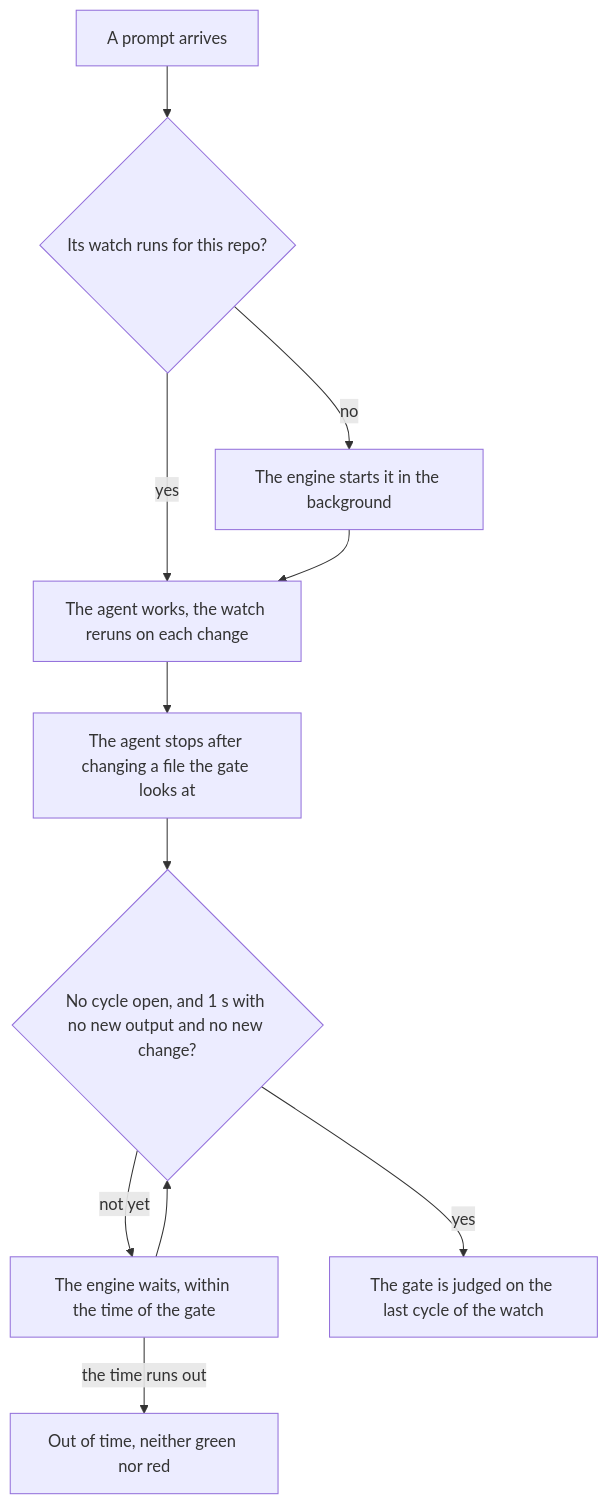
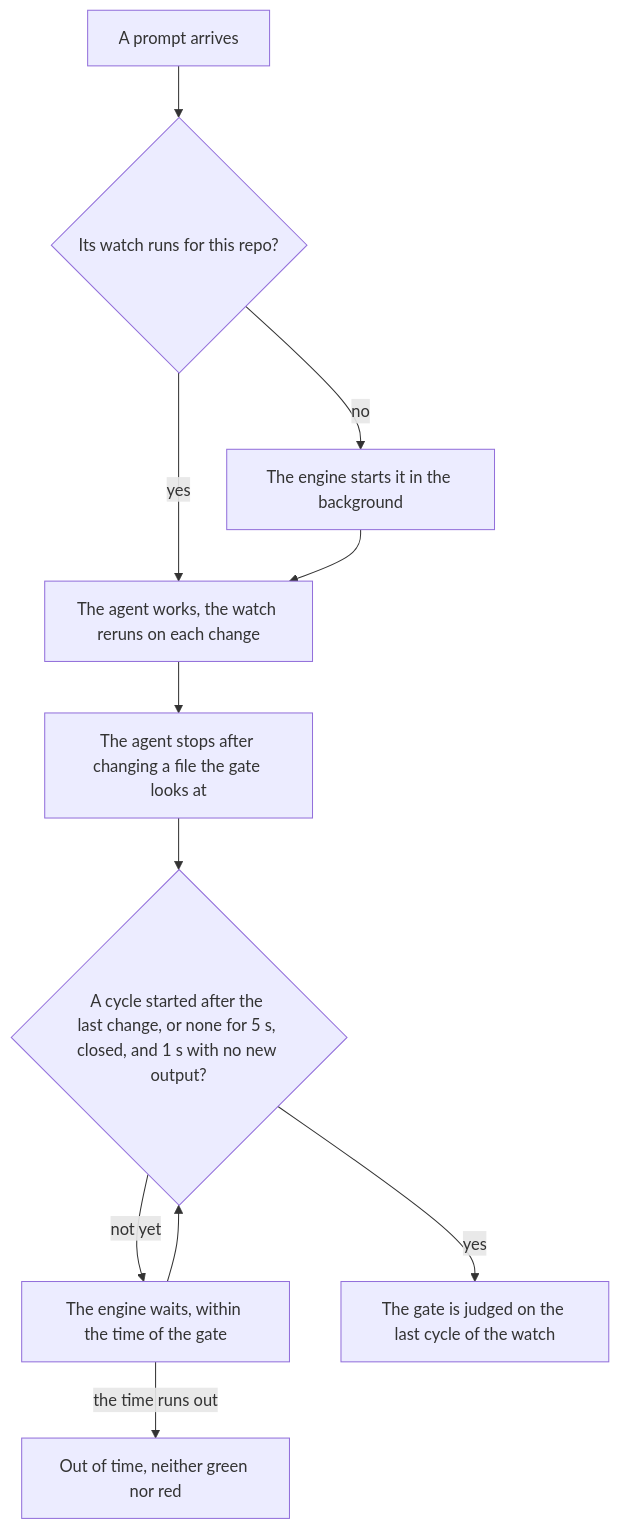
One commit to mopi1402/tayomi-deterministic-gates changed the third of 4 diagrams in docs/turn.md. Above: the diagram before and after it, drawn with Mermaid. The commit also changed 5 other files, not shown here.

First line of the commit message:
Judge a watch on a cycle started after the turn's last change

````diff
--- a/docs/turn.md
+++ b/docs/turn.md
@@ -59,13 +59,13 @@
 ```mermaid
 flowchart TD
     prompt[A prompt arrives] --> running{Its watch runs for this repo?}
     running -- no --> launch[The engine starts it in the background]
     running -- yes --> work
     launch --> work[The agent works, the watch reruns on each change]
     work --> stop[The agent stops after changing a file the gate looks at]
-    stop --> settled{No cycle open, and 1 s with no new output and no new change?}
+    stop --> settled{A cycle started after the last change, or none for 5 s, closed, and 1 s with no new output?}
     settled -- not yet --> wait[The engine waits, within the time of the gate]
     wait --> settled
     settled -- yes --> last[The gate is judged on the last cycle of the watch]
     wait -- the time runs out --> late[Out of time, neither green nor red]
 ```
````
